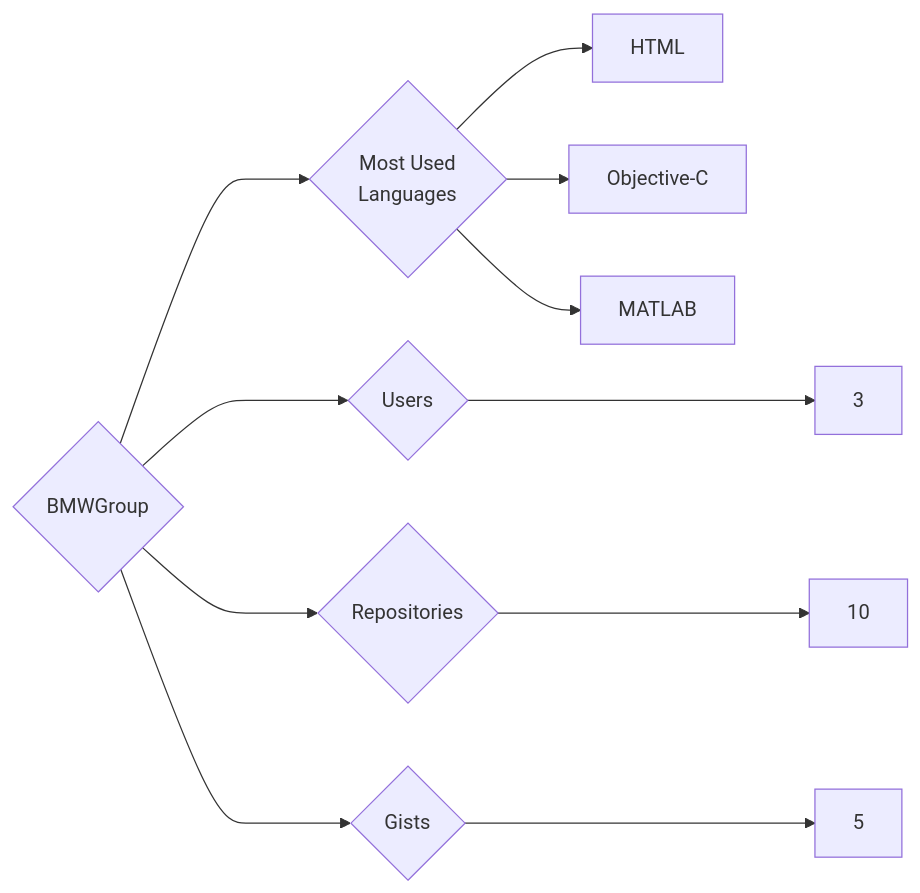
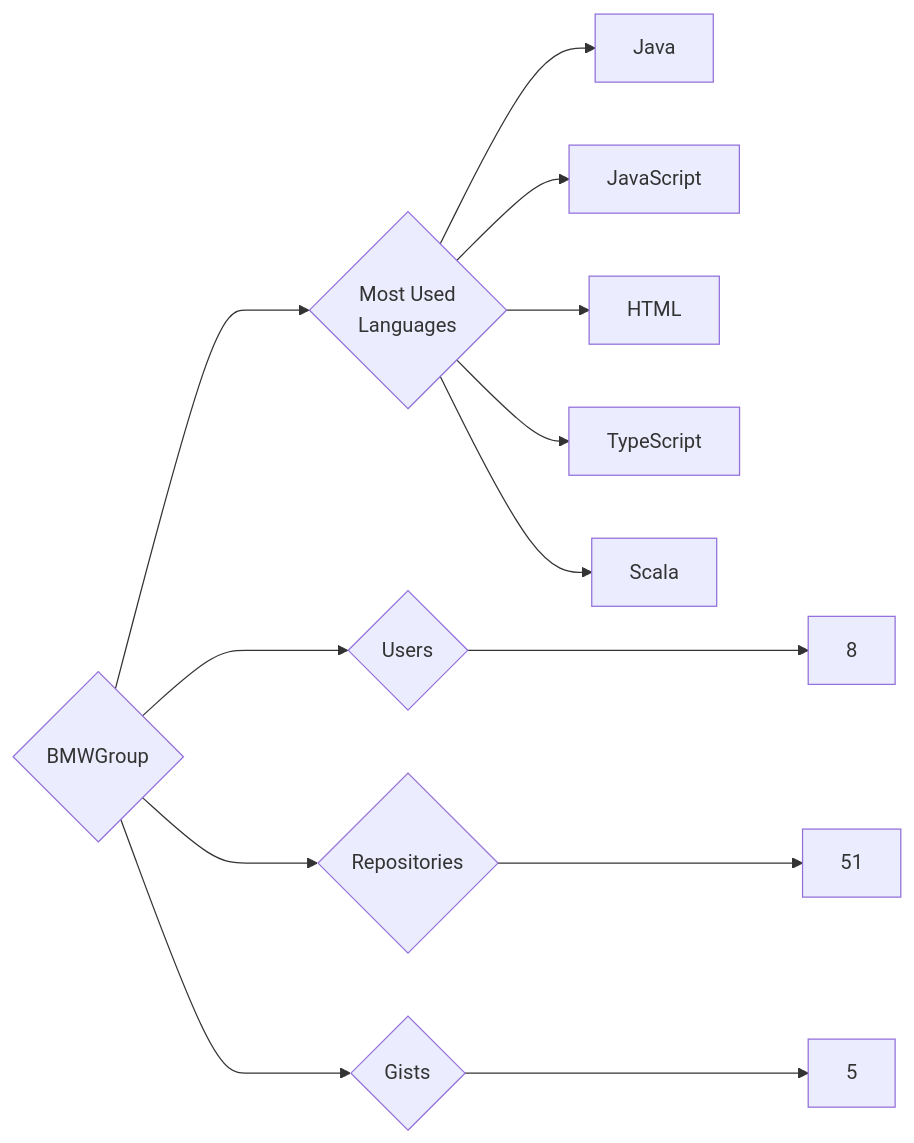
Before and after one commit to trickest/insiders: the diagram in targets/BMWGroup/README.md, drawn with Mermaid. The commit also changed 1149 other files, not shown here.

````diff
--- a/targets/BMWGroup/README.md
+++ b/targets/BMWGroup/README.md
@@ -3,11 +3,13 @@
 ```mermaid
 graph LR
 COMPANY_NAME{BMWGroup}
-COMPANY_NAME ---> U{Users} ---> UN[3]
-COMPANY_NAME ---> R{Repositories} ---> RN[10]
+COMPANY_NAME ---> U{Users} ---> UN[8]
+COMPANY_NAME ---> R{Repositories} ---> RN[51]
 COMPANY_NAME ---> G{Gists} ---> GN[5]
 COMPANY_NAME ---> ML{Most Used<br>Languages}
+ML --> Java[Java]
+ML --> JavaScript[JavaScript]
 ML --> HTML[HTML]
-ML --> Objective-C[Objective-C]
-ML --> MATLAB[MATLAB]
+ML --> TypeScript[TypeScript]
+ML --> Scala[Scala]
 ```
````
